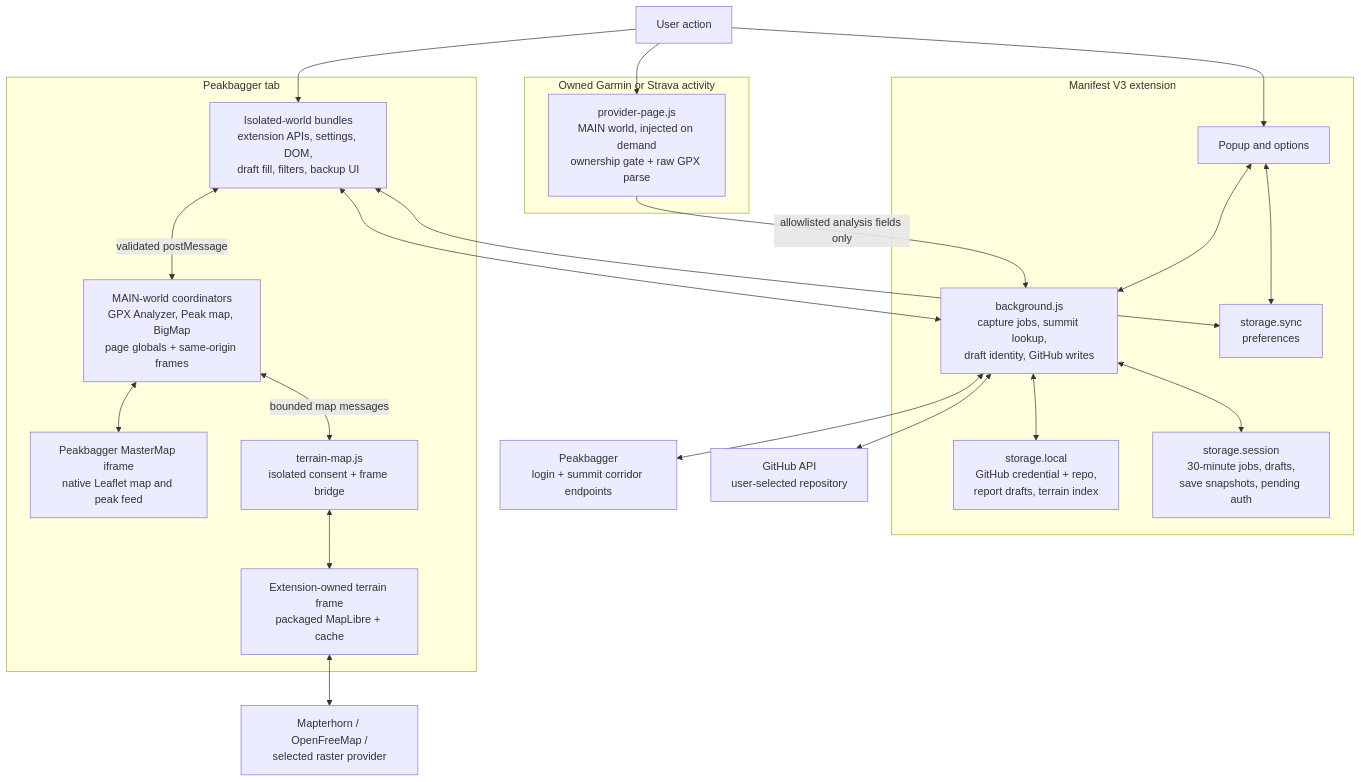
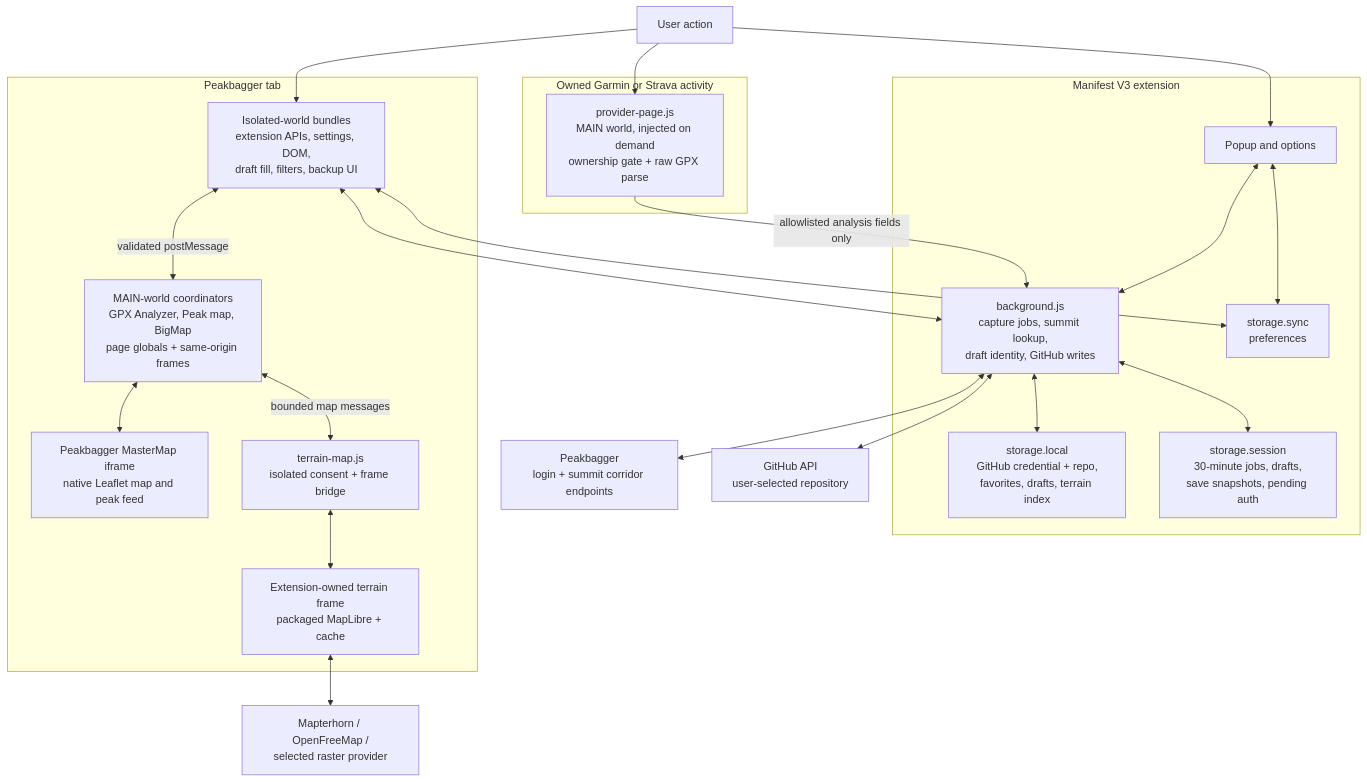
Before and after one commit to wilmtang/better-peakbagger: the first of 2 diagrams in docs/architecture.md, drawn with Mermaid. The commit also changed other lines of this file and 7 other files, not shown here.

````diff
--- a/docs/architecture.md
+++ b/docs/architecture.md
@@ -15,46 +15,46 @@
 ```mermaid
 flowchart TB
     user["User action"]
 
     subgraph provider["Owned Garmin or Strava activity"]
         providerPage["provider-page.js<br/>MAIN world, injected on demand<br/>ownership gate + raw GPX parse"]
     end
 
     subgraph extension["Manifest V3 extension"]
         popup["Popup and options"]
         worker["background.js<br/>capture jobs, summit lookup,<br/>draft identity, GitHub writes"]
         sync["storage.sync<br/>preferences"]
-        local["storage.local<br/>GitHub credential + repo,<br/>report drafts, terrain index"]
+        local["storage.local<br/>GitHub credential + repo,<br/>favorites, drafts, terrain index"]
         session["storage.session<br/>30-minute jobs, drafts,<br/>save snapshots, pending auth"]
     end
 
     subgraph peakbagger["Peakbagger tab"]
         isolated["Isolated-world bundles<br/>extension APIs, settings, DOM,<br/>draft fill, filters, backup UI"]
         main["MAIN-world coordinators<br/>GPX Analyzer, Peak map, BigMap<br/>page globals + same-origin frames"]
         master["Peakbagger MasterMap iframe<br/>native Leaflet map and peak feed"]
         terrainBridge["terrain-map.js<br/>isolated consent + frame bridge"]
         terrainFrame["Extension-owned terrain frame<br/>packaged MapLibre + cache"]
     end
 
     peakApi["Peakbagger<br/>login + summit corridor endpoints"]
     github["GitHub API<br/>user-selected repository"]
     tiles["Mapterhorn / OpenFreeMap /<br/>selected raster provider"]
 
     user --> providerPage
     user --> isolated
     user --> popup
     providerPage -- "allowlisted analysis fields only" --> worker
     isolated <--> worker
     popup <--> worker
     popup <--> sync
     isolated <--> sync
     worker <--> session
     worker <--> local
     worker <--> peakApi
     worker <--> github
     isolated <-->|"validated postMessage"| main
     main <--> master
     main <-->|"bounded map messages"| terrainBridge
     terrainBridge <--> terrainFrame
     terrainFrame <--> tiles
 ```
````
